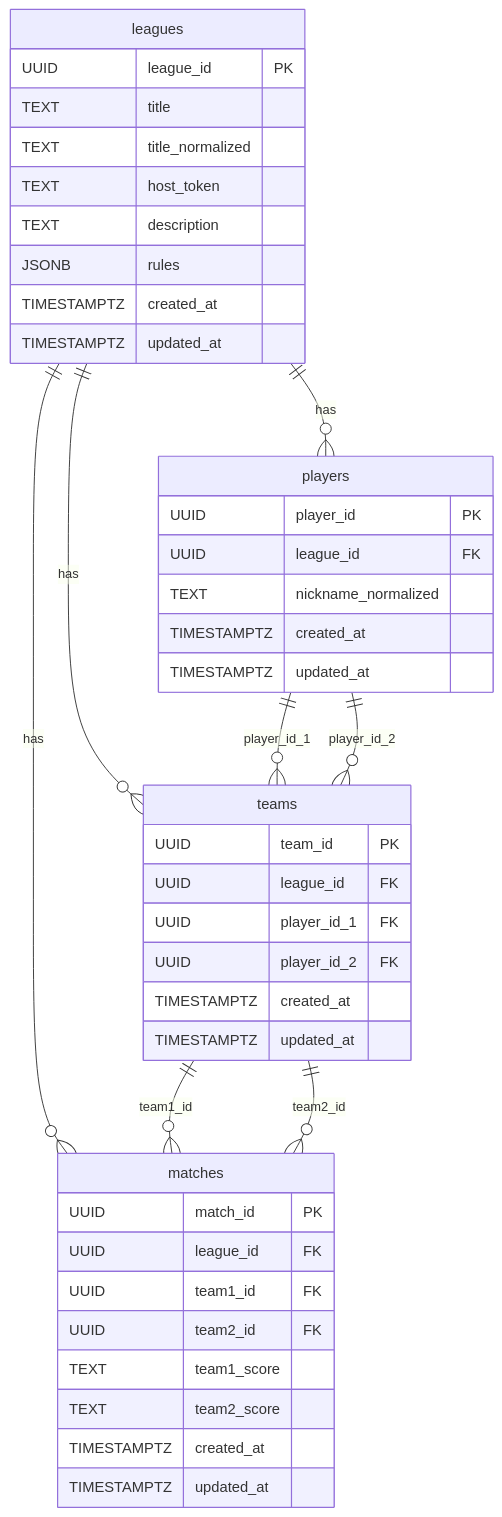
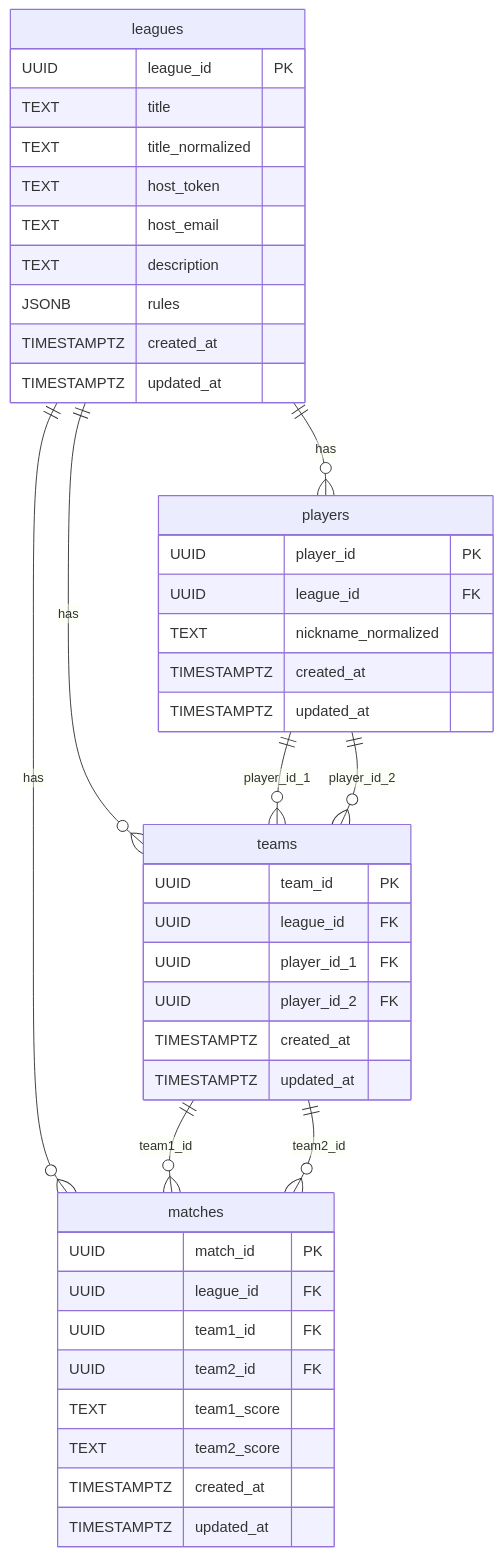
Before and after one commit to swjeong0825/TLMB_backend_main: the diagram in Design_Doc/TLMB_Design_doc/12_persistence_strategy.md, drawn with Mermaid. The commit also changed other lines of this file and 42 other files, not shown here.

Commit message:
add host email to league

````diff
--- a/Design_Doc/TLMB_Design_doc/12_persistence_strategy.md
+++ b/Design_Doc/TLMB_Design_doc/12_persistence_strategy.md
@@ -14,45 +14,46 @@
 ```mermaid
 erDiagram
     leagues {
         UUID league_id PK
         TEXT title
         TEXT title_normalized
         TEXT host_token
+        TEXT host_email
         TEXT description
         JSONB rules
         TIMESTAMPTZ created_at
         TIMESTAMPTZ updated_at
     }
     players {
         UUID player_id PK
         UUID league_id FK
         TEXT nickname_normalized
         TIMESTAMPTZ created_at
         TIMESTAMPTZ updated_at
     }
     teams {
         UUID team_id PK
         UUID league_id FK
         UUID player_id_1 FK
         UUID player_id_2 FK
         TIMESTAMPTZ created_at
         TIMESTAMPTZ updated_at
     }
     matches {
         UUID match_id PK
         UUID league_id FK
         UUID team1_id FK
         UUID team2_id FK
         TEXT team1_score
         TEXT team2_score
         TIMESTAMPTZ created_at
         TIMESTAMPTZ updated_at
     }
     leagues ||--o{ players : "has"
     leagues ||--o{ teams : "has"
     leagues ||--o{ matches : "has"
     players ||--o{ teams : "player_id_1"
     players ||--o{ teams : "player_id_2"
     teams ||--o{ matches : "team1_id"
     teams ||--o{ matches : "team2_id"
 ```
````
